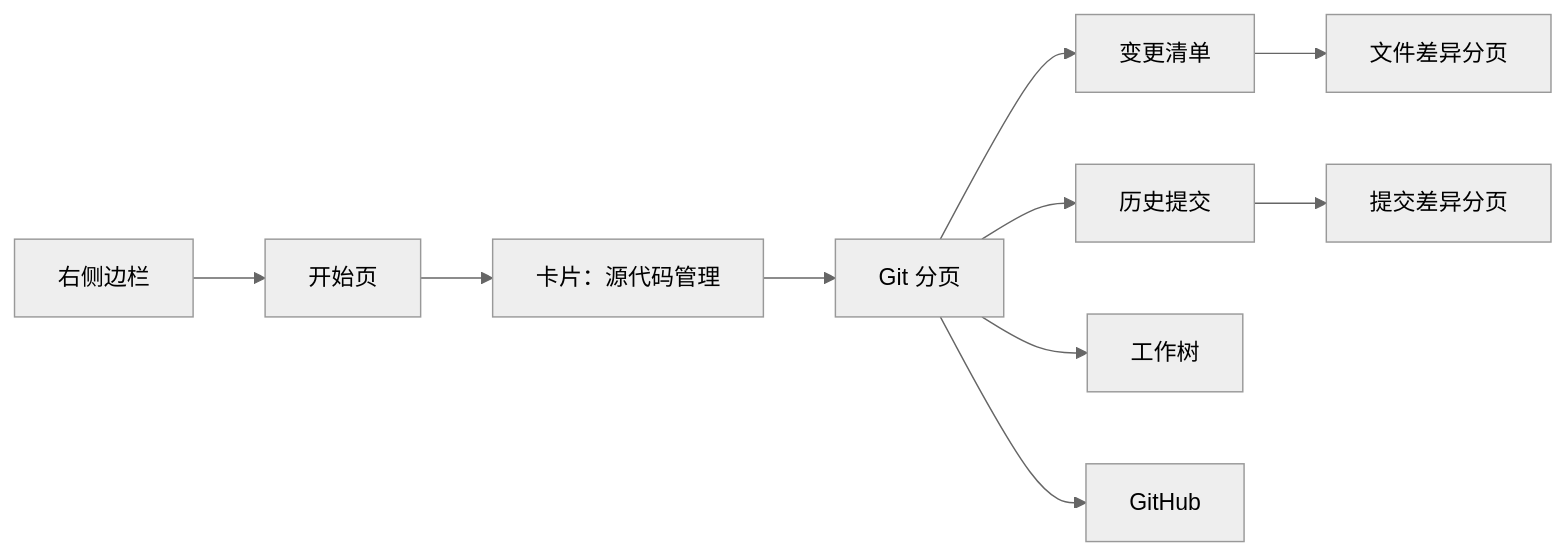
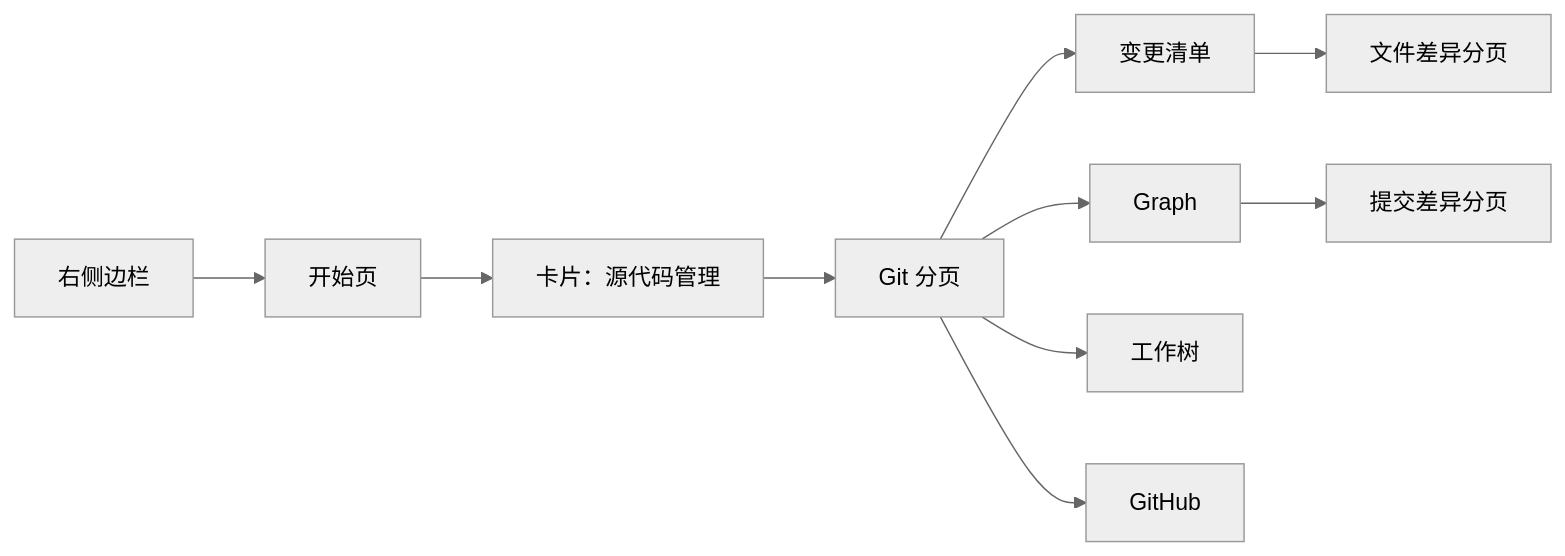
Before and after one commit to ET921/dsh-git-management: the first of 5 diagrams in README.zh-CN.md, drawn with Mermaid (neutral theme). The commit also changed other lines of this file and 12 other files, not shown here.

First line of the commit message:
feat/graph-collaboration : 顯示同事分支並修好按鈕字色

````diff
--- a/README.zh-CN.md
+++ b/README.zh-CN.md
@@ -22,12 +22,12 @@
 ```mermaid
 flowchart LR
   A["右侧边栏"] --> B["开始页"]
   B --> C["卡片：源代码管理"]
   C --> D["Git 分页"]
   D --> E["变更清单"]
-  D --> F["历史提交"]
+  D --> F["Graph"]
   D --> G["工作树"]
   D --> H["GitHub"]
   E --> I["文件差异分页"]
   F --> J["提交差异分页"]
 ```
````
